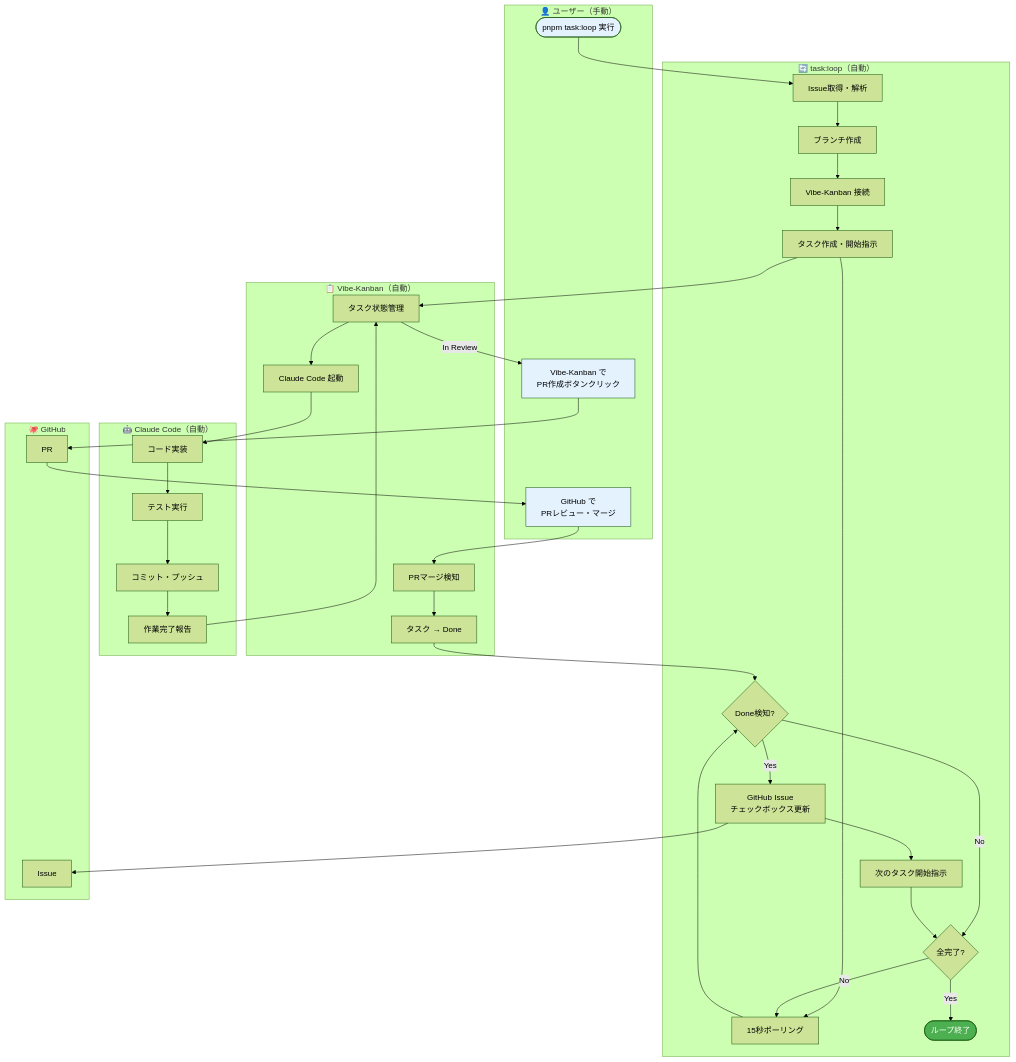
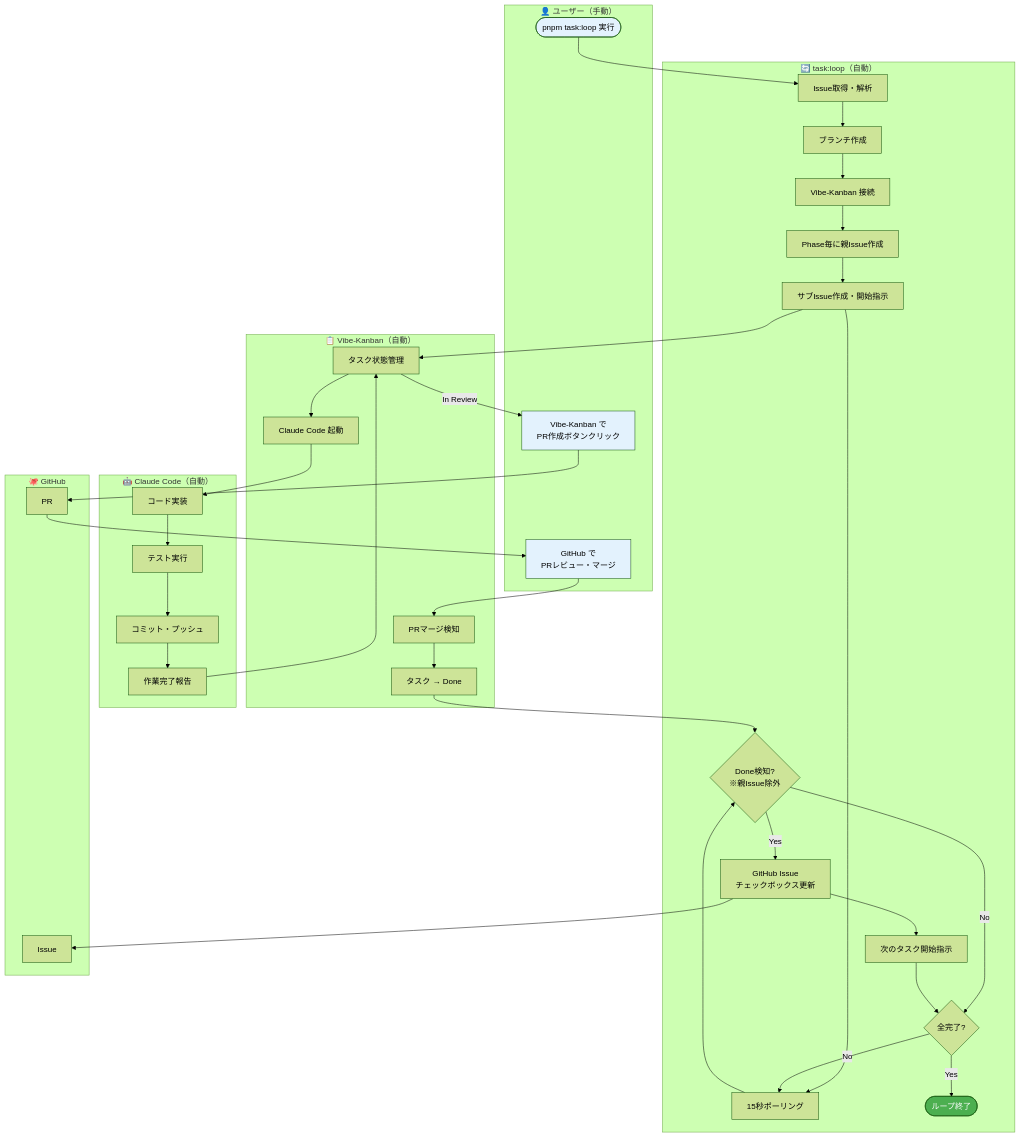
One commit to einja-inc/einja-management-template changed the first of 2 diagrams in docs/einja/instructions/task-vibe-kanban-loop.md. Above: the diagram before and after it, drawn with Mermaid (forest theme). The commit also changed other lines of this file and 4 other files, not shown here.

````diff
--- a/docs/einja/instructions/task-vibe-kanban-loop.md
+++ b/docs/einja/instructions/task-vibe-kanban-loop.md
@@ -236,74 +240,76 @@
 ```mermaid
 graph TD
     subgraph User ["👤 ユーザー（手動）"]
         U1([pnpm task:loop 実行])
         U2[Vibe-Kanban で<br/>PR作成ボタンクリック]
         U3[GitHub で<br/>PRレビュー・マージ]
     end
 
     subgraph TaskLoop ["🔄 task:loop（自動）"]
         T1[Issue取得・解析]
         T2[ブランチ作成]
         T3[Vibe-Kanban 接続]
-        T4[タスク作成・開始指示]
+        T3a[Phase毎に親Issue作成]
+        T4[サブIssue作成・開始指示]
         T5[15秒ポーリング]
-        T6{Done検知?}
+        T6{Done検知?<br/>※親Issue除外}
         T7[GitHub Issue<br/>チェックボックス更新]
         T8[次のタスク開始指示]
         T9{全完了?}
         T10([ループ終了])
     end
 
     subgraph Claude ["🤖 Claude Code（自動）"]
         C1[コード実装]
         C2[テスト実行]
         C3[コミット・プッシュ]
         C4[作業完了報告]
     end
 
     subgraph VibeKanban ["📋 Vibe-Kanban（自動）"]
         V1[タスク状態管理]
         V2[Claude Code 起動]
         V3[PRマージ検知]
         V4[タスク → Done]
     end
 
     subgraph GitHub ["🐙 GitHub"]
         G1[Issue]
         G2[PR]
     end
 
     U1 --> T1
     T1 --> T2
     T2 --> T3
-    T3 --> T4
+    T3 --> T3a
+    T3a --> T4
     T4 --> V1
     V1 --> V2
     V2 --> C1
     C1 --> C2
     C2 --> C3
     C3 --> C4
     C4 --> V1
 
     T4 --> T5
     T5 --> T6
     T6 -->|No| T9
     T6 -->|Yes| T7
     T7 --> G1
     T7 --> T8
     T8 --> T9
     T9 -->|No| T5
     T9 -->|Yes| T10
 
     V1 -->|In Review| U2
     U2 --> G2
     G2 --> U3
     U3 --> V3
     V3 --> V4
     V4 --> T6
 
     style U1 fill:#e3f2fd
     style U2 fill:#e3f2fd
     style U3 fill:#e3f2fd
     style T10 fill:#4caf50,color:#fff
 ```
````
